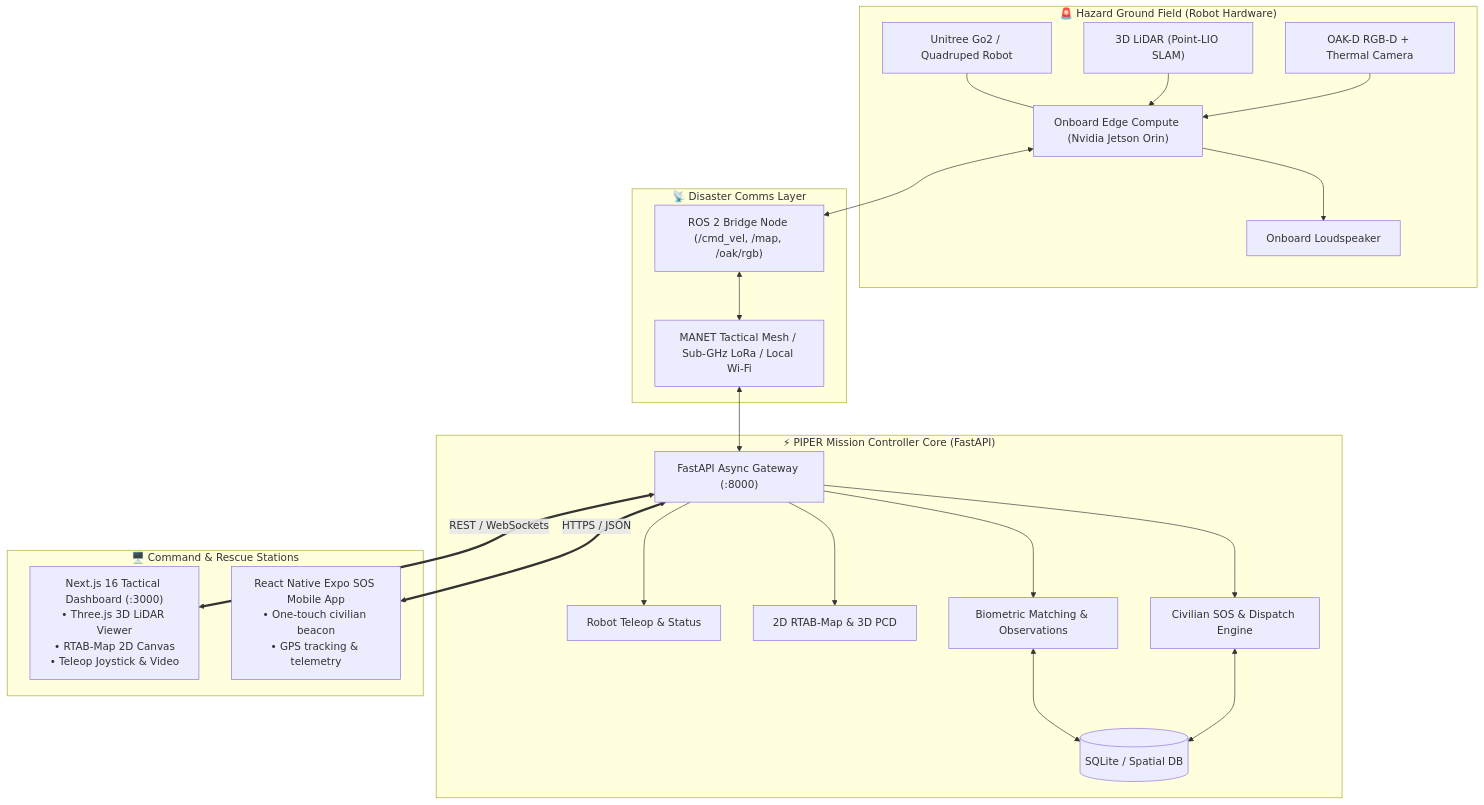
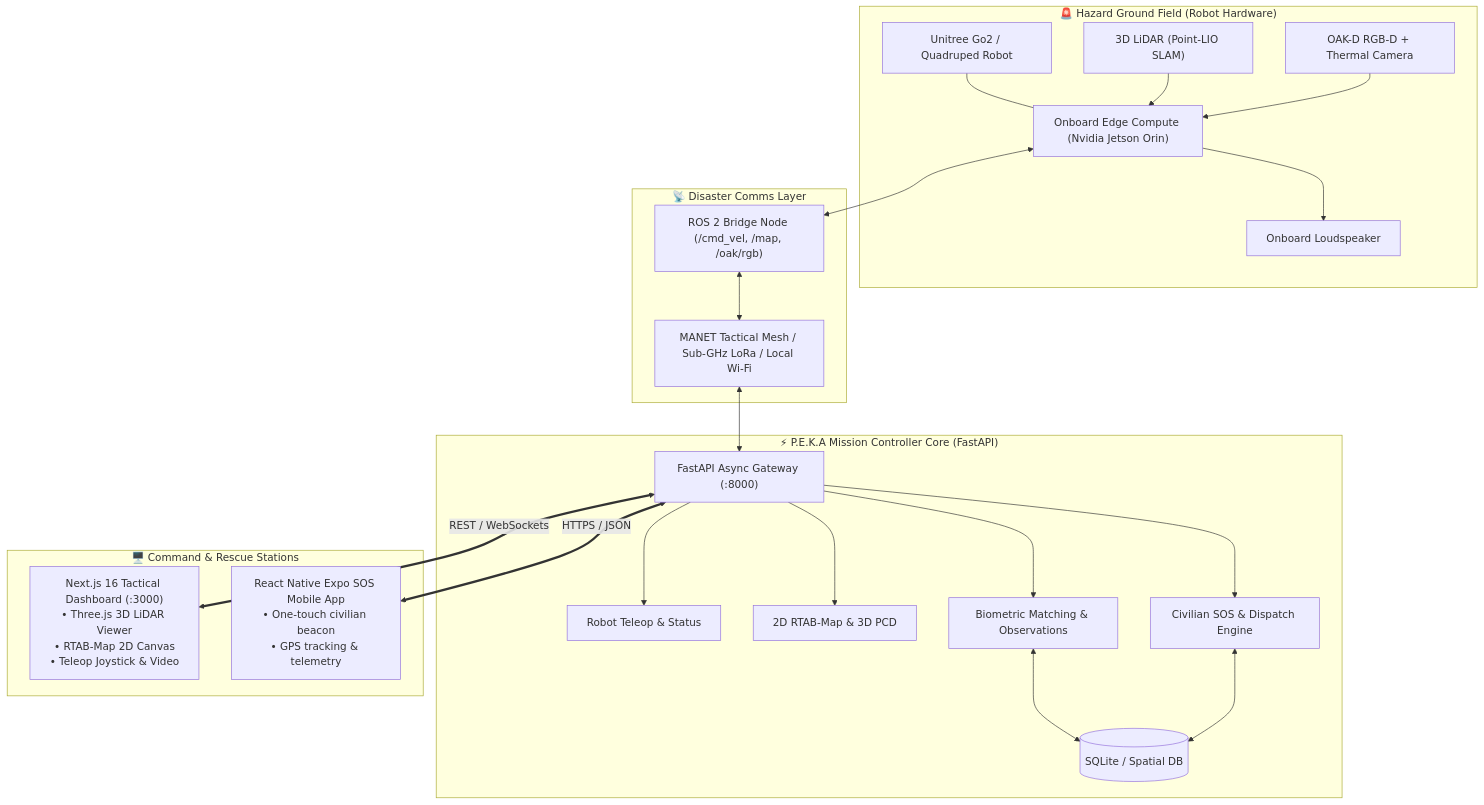
The diagram in README.md (Aprampreet/PEKA), drawn with Mermaid before and after one commit. The commit also changed other lines of this file, not shown here.

````diff
--- a/README.md
+++ b/README.md
@@ -92,45 +92,45 @@
 ```mermaid
 flowchart TB
     subgraph FIELD["🚨 Hazard Ground Field (Robot Hardware)"]
         ROBOT["Unitree Go2 / Quadruped Robot"]
         JETSON["Onboard Edge Compute (Nvidia Jetson Orin)"]
         LIDAR["3D LiDAR (Point-LIO SLAM)"]
         OAK["OAK-D RGB-D + Thermal Camera"]
         SPEAKER["Onboard Loudspeaker"]
         
         ROBOT --- JETSON
         LIDAR --> JETSON
         OAK --> JETSON
         JETSON --> SPEAKER
     end
 
     subgraph COMMS["📡 Disaster Comms Layer"]
         ROSBRIDGE["ROS 2 Bridge Node (/cmd_vel, /map, /oak/rgb)"]
         TACTICAL["MANET Tactical Mesh / Sub-GHz LoRa / Local Wi-Fi"]
         JETSON <--> ROSBRIDGE <--> TACTICAL
     end
 
-    subgraph BACKEND["⚡ PIPER Mission Controller Core (FastAPI)"]
+    subgraph BACKEND["⚡ P.E.K.A Mission Controller Core (FastAPI)"]
         FASTAPI["FastAPI Async Gateway (:8000)"]
         ROUTER_ROBOT["Robot Teleop & Status"]
         ROUTER_MAP["2D RTAB-Map & 3D PCD"]
         ROUTER_AI["Biometric Matching & Observations"]
         ROUTER_SOS["Civilian SOS & Dispatch Engine"]
         DB[(SQLite / Spatial DB)]
         
         FASTAPI --> ROUTER_ROBOT
         FASTAPI --> ROUTER_MAP
         FASTAPI --> ROUTER_AI
         FASTAPI --> ROUTER_SOS
         ROUTER_AI & ROUTER_SOS <--> DB
     end
 
     subgraph CLIENTS["🖥️ Command & Rescue Stations"]
         WEB["Next.js 16 Tactical Dashboard (:3000)\n• Three.js 3D LiDAR Viewer\n• RTAB-Map 2D Canvas\n• Teleop Joystick & Video"]
         MOBILE["React Native Expo SOS Mobile App\n• One-touch civilian beacon\n• GPS tracking & telemetry"]
     end
 
     TACTICAL <--> FASTAPI
     FASTAPI <==>|REST / WebSockets| WEB
     FASTAPI <==>|HTTPS / JSON| MOBILE
 ```
````
